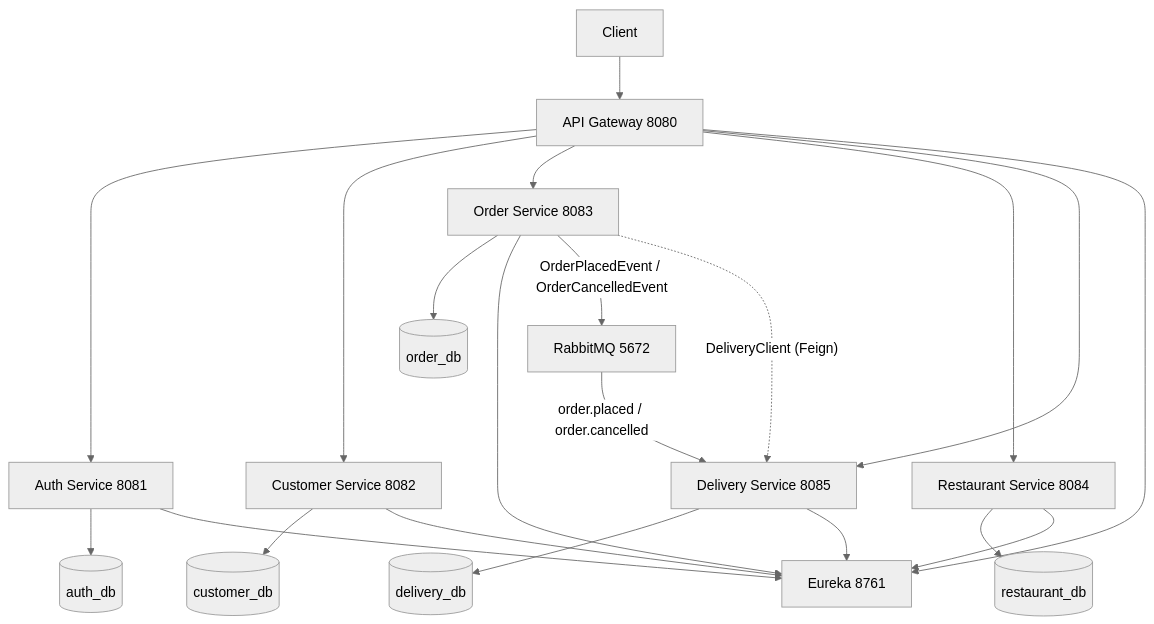
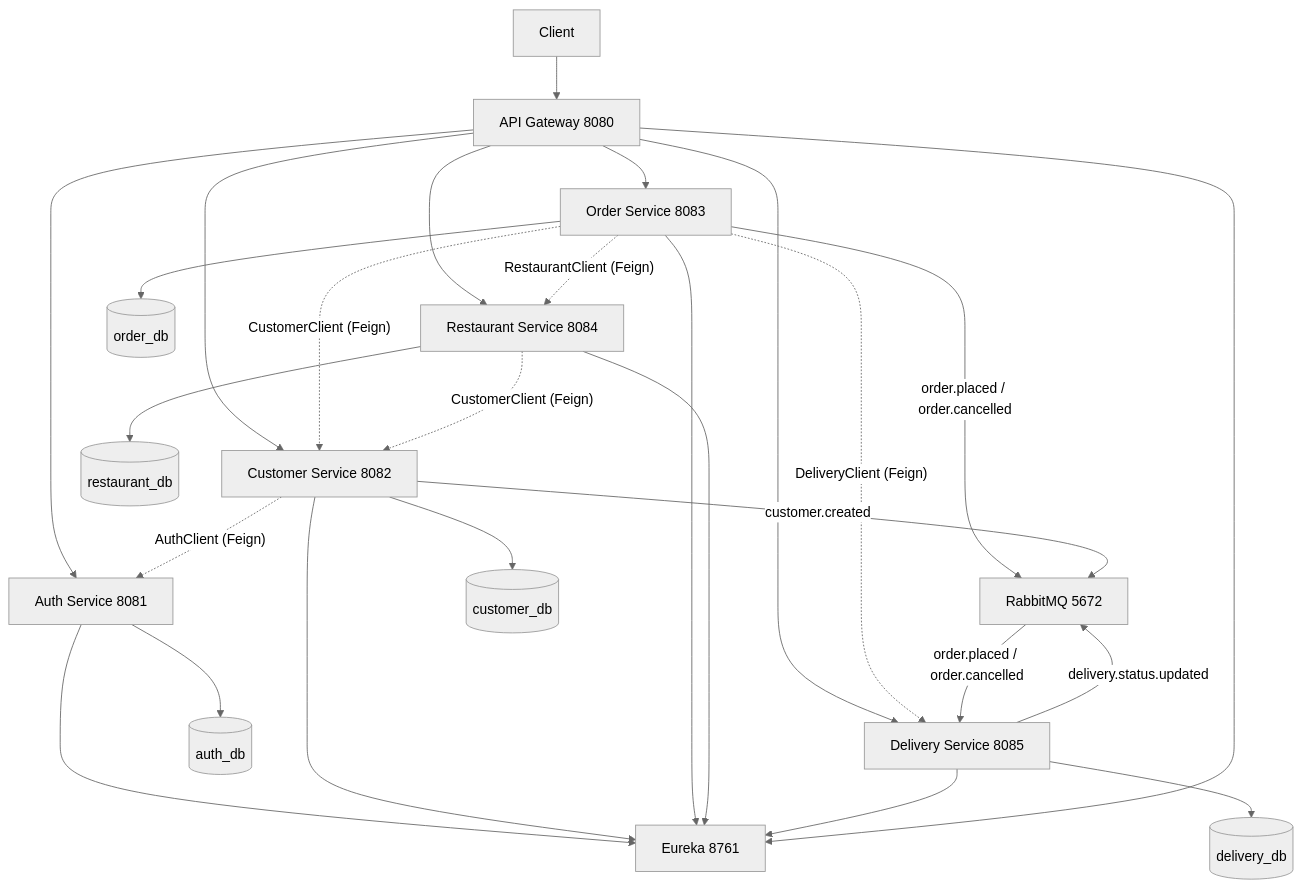
The diagram in docs/architecture.md (GargoilXD/Food-Delivery-Platform), drawn with Mermaid (neutral theme) before and after one commit. The commit also changed other lines of this file and 2 other files, not shown here.

````diff
--- a/docs/architecture.md
+++ b/docs/architecture.md
@@ -4,32 +4,39 @@
 ```mermaid
 flowchart TD
     client[Client]
     gateway[API Gateway 8080]
     eureka[Eureka 8761]
     rabbit[RabbitMQ 5672]
 
     client --> gateway
 
     gateway --> auth[Auth Service 8081]
     gateway --> customer[Customer Service 8082]
     gateway --> order[Order Service 8083]
     gateway --> restaurant[Restaurant Service 8084]
     gateway --> delivery[Delivery Service 8085]
 
     auth --> authDb[(auth_db)]
     customer --> customerDb[(customer_db)]
     order --> orderDb[(order_db)]
     restaurant --> restaurantDb[(restaurant_db)]
     delivery --> deliveryDb[(delivery_db)]
 
     auth --> eureka
     customer --> eureka
     order --> eureka
     restaurant --> eureka
     delivery --> eureka
     gateway --> eureka
 
-    order -->|"OrderPlacedEvent / OrderCancelledEvent"| rabbit
+    customer -.->|"AuthClient (Feign)"| auth
+    order -.->|"CustomerClient (Feign)"| customer
+    order -.->|"RestaurantClient (Feign)"| restaurant
+    order -.->|"DeliveryClient (Feign)"| delivery
+    restaurant -.->|"CustomerClient (Feign)"| customer
+
+    order -->|"order.placed / order.cancelled"| rabbit
+    customer -->|"customer.created"| rabbit
+    delivery -->|"delivery.status.updated"| rabbit
     rabbit -->|"order.placed / order.cancelled"| delivery
-    order -.->|"DeliveryClient (Feign)"| delivery
 ```
````
